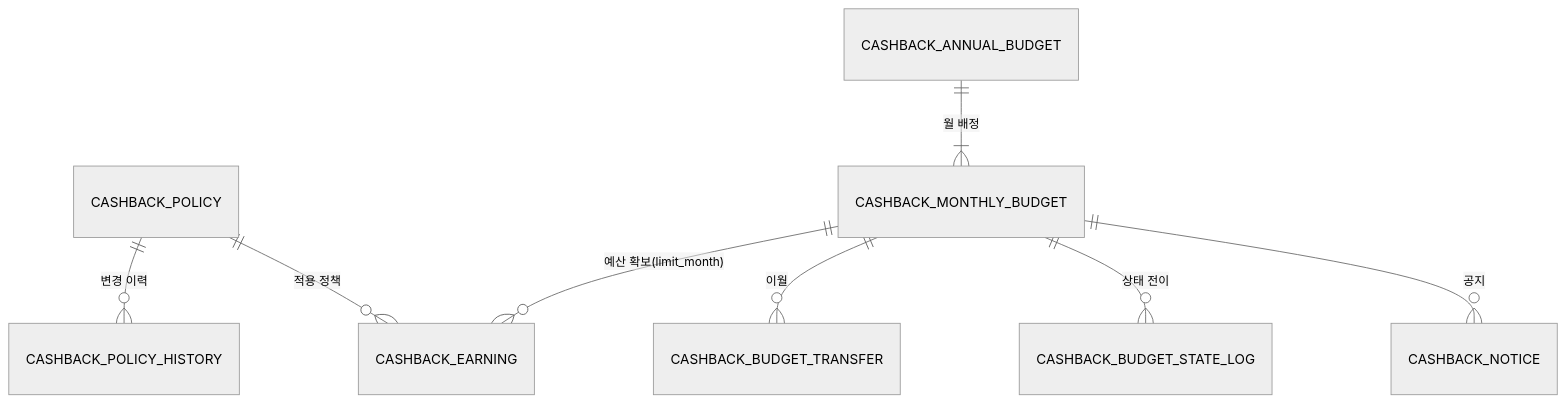
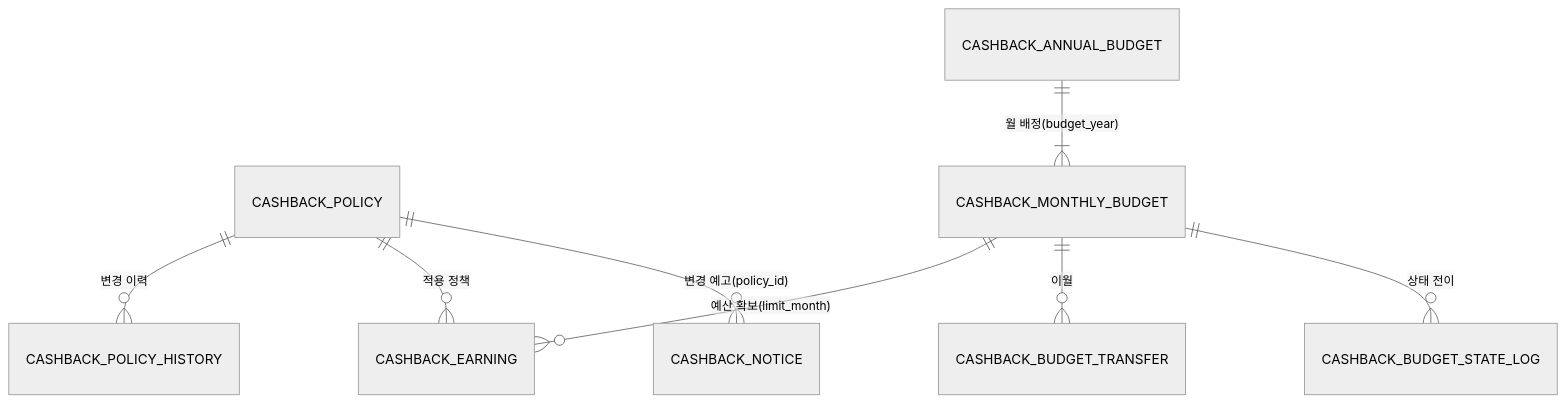
One commit to prgrms-be-devcourse/NBE12-14-final-HOT6 changed the diagram in docs/plan/cashback-mh-1118.md. Above: the diagram before and after it, drawn with Mermaid (neutral theme). The commit also changed other lines of this file and 2 other files, not shown here.

First line of the commit message:
docs(cashback): 기획서에 남은 개발 목록을 반영하고 탄력 요율을 제외

````diff
--- a/docs/plan/cashback-mh-1118.md
+++ b/docs/plan/cashback-mh-1118.md
@@ -227,10 +266,10 @@
 ```mermaid
 erDiagram
   CASHBACK_POLICY ||--o{ CASHBACK_POLICY_HISTORY : "변경 이력"
   CASHBACK_POLICY ||--o{ CASHBACK_EARNING : "적용 정책"
-  CASHBACK_ANNUAL_BUDGET ||--|{ CASHBACK_MONTHLY_BUDGET : "월 배정"
+  CASHBACK_ANNUAL_BUDGET ||--|{ CASHBACK_MONTHLY_BUDGET : "월 배정(budget_year)"
   CASHBACK_MONTHLY_BUDGET ||--o{ CASHBACK_EARNING : "예산 확보(limit_month)"
   CASHBACK_MONTHLY_BUDGET ||--o{ CASHBACK_BUDGET_TRANSFER : "이월"
   CASHBACK_MONTHLY_BUDGET ||--o{ CASHBACK_BUDGET_STATE_LOG : "상태 전이"
-  CASHBACK_MONTHLY_BUDGET ||--o{ CASHBACK_NOTICE : "공지"
+  CASHBACK_POLICY ||--o{ CASHBACK_NOTICE : "변경 예고(policy_id)"
 ```
````
